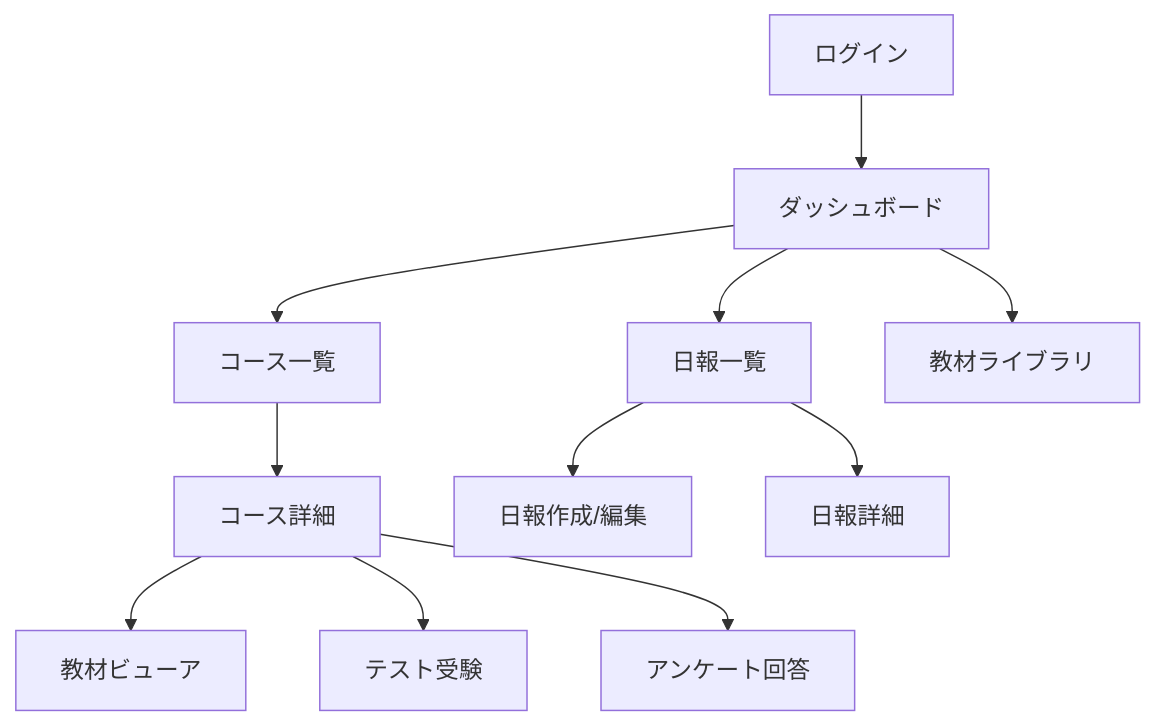
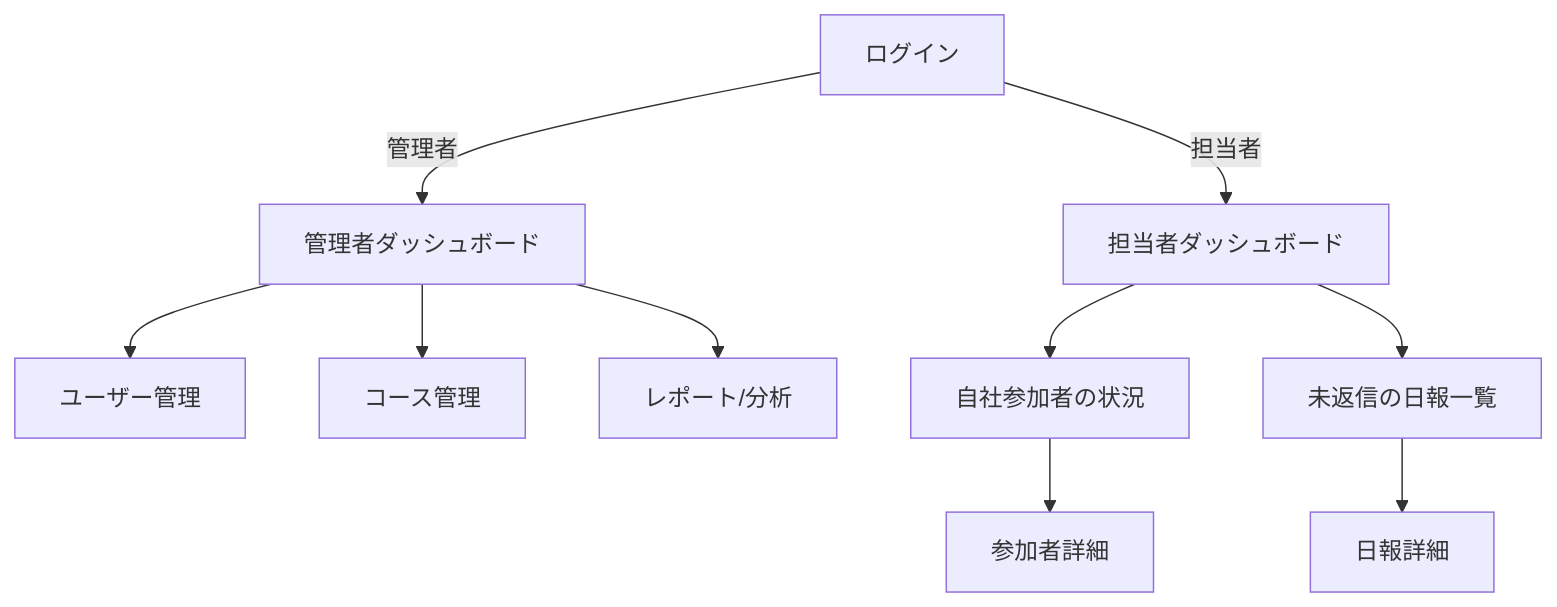
The diagram in 画面設計書.md (essences/LMS_2), drawn with Mermaid before and after one commit. The commit also changed other lines of this file and 9 other files, not shown here.

````diff
--- a/画面設計書.md
+++ b/画面設計書.md
@@ -262,13 +350,12 @@
 ```mermaid
 graph TD
-    A[ログイン] --> B[ダッシュボード]
-    B --> C[コース一覧]
-    B --> D[日報一覧]
-    B --> E[教材ライブラリ]
-    C --> F[コース詳細]
-    F --> G[教材ビューア]
-    F --> H[テスト受験]
-    F --> I[アンケート回答]
-    D --> J[日報作成/編集]
-    D --> K[日報詳細]
+    A[ログイン] -->|管理者| B[管理者ダッシュボード]
+    A -->|担当者| C[担当者ダッシュボード]
+    B --> D[ユーザー管理]
+    B --> E[コース管理]
+    B --> F[レポート/分析]
+    C --> G[自社参加者の状況]
+    C --> H[未返信の日報一覧]
+    G --> I[参加者詳細]
+    H --> J[日報詳細]
 ```
````
